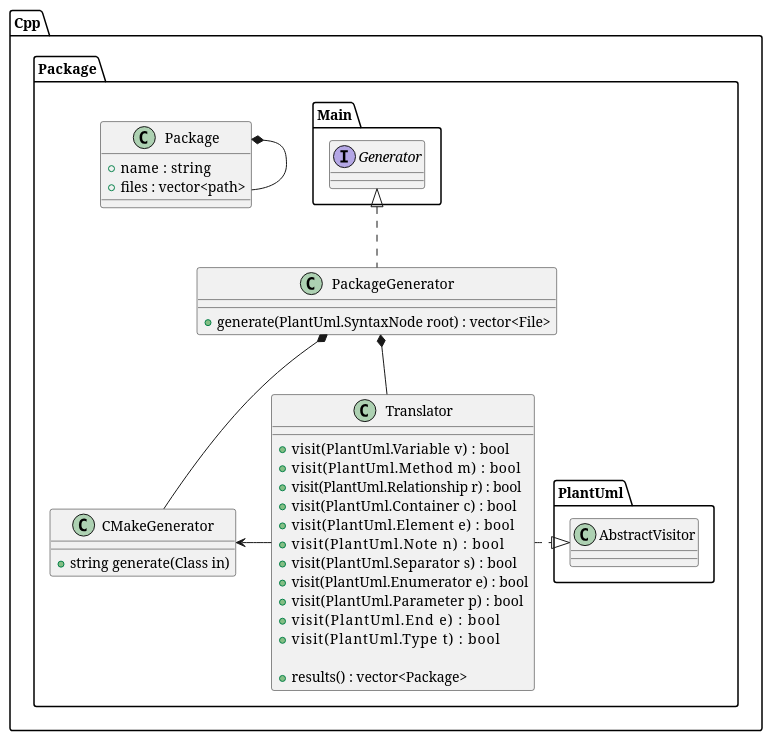
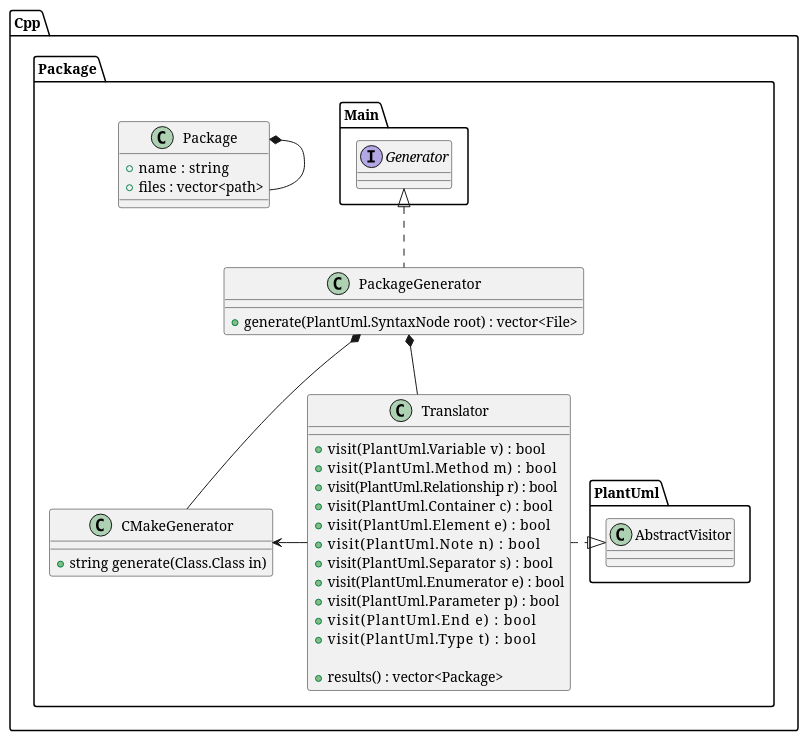
One commit to jteuber/PlantUML2Cpp changed the diagram in models/Package.puml. Above: the diagram before and after it, drawn with PlantUML. The commit also changed 1 other file, not shown here.

```diff
--- a/models/Package.puml
+++ b/models/Package.puml
@@ -1,46 +1,46 @@
 @startuml Package
 
 hide private members
 
 namespace Cpp {
     namespace Package {
         ' *************** ALGORITHMS ***************
         class CMakeGenerator {
-            +string generate(Class in)
+            +string generate(Class.Class in)
         }
 
         class Translator
         {
             +visit(PlantUml.Variable v)     : bool
             +visit(PlantUml.Method m)       : bool
             +visit(PlantUml.Relationship r) : bool
             +visit(PlantUml.Container c)    : bool
             +visit(PlantUml.Element e)      : bool
             +visit(PlantUml.Note n)         : bool
             +visit(PlantUml.Separator s)    : bool
             +visit(PlantUml.Enumerator e)   : bool
             +visit(PlantUml.Parameter p)    : bool
             +visit(PlantUml.End e)          : bool
             +visit(PlantUml.Type t)         : bool
 
             +results() : vector<Package>
         }
         Translator .|> PlantUml.AbstractVisitor
         Translator -left-> CMakeGenerator
 
 
         class PackageGenerator implements Main.Generator {
             +generate(PlantUml.SyntaxNode root) : vector<File>
         }
         PackageGenerator *-- Translator
         PackageGenerator *-- CMakeGenerator
 
         class Package
         {
             +name  : string
             +files : vector<path>
         }
         Package *-- Package
     }
 }
 @enduml
```
